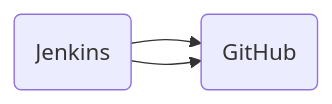
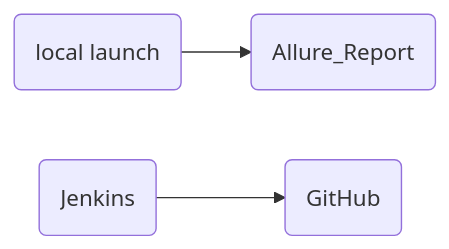
One commit to maxkonushkin/FirstProject changed the diagram in README.md. Above: the diagram before and after it, drawn with Mermaid.

Commit message:
add mermaid

````diff
--- a/README.md
+++ b/README.md
@@ -60,5 +60,5 @@
 ``` mermaid
 flowchart LR;
 A(local launch)-->B(Allure_Report);
-    A(Jenkins)-->B(GitHub);
+    C(Jenkins)-->D(GitHub);
 ```
````
